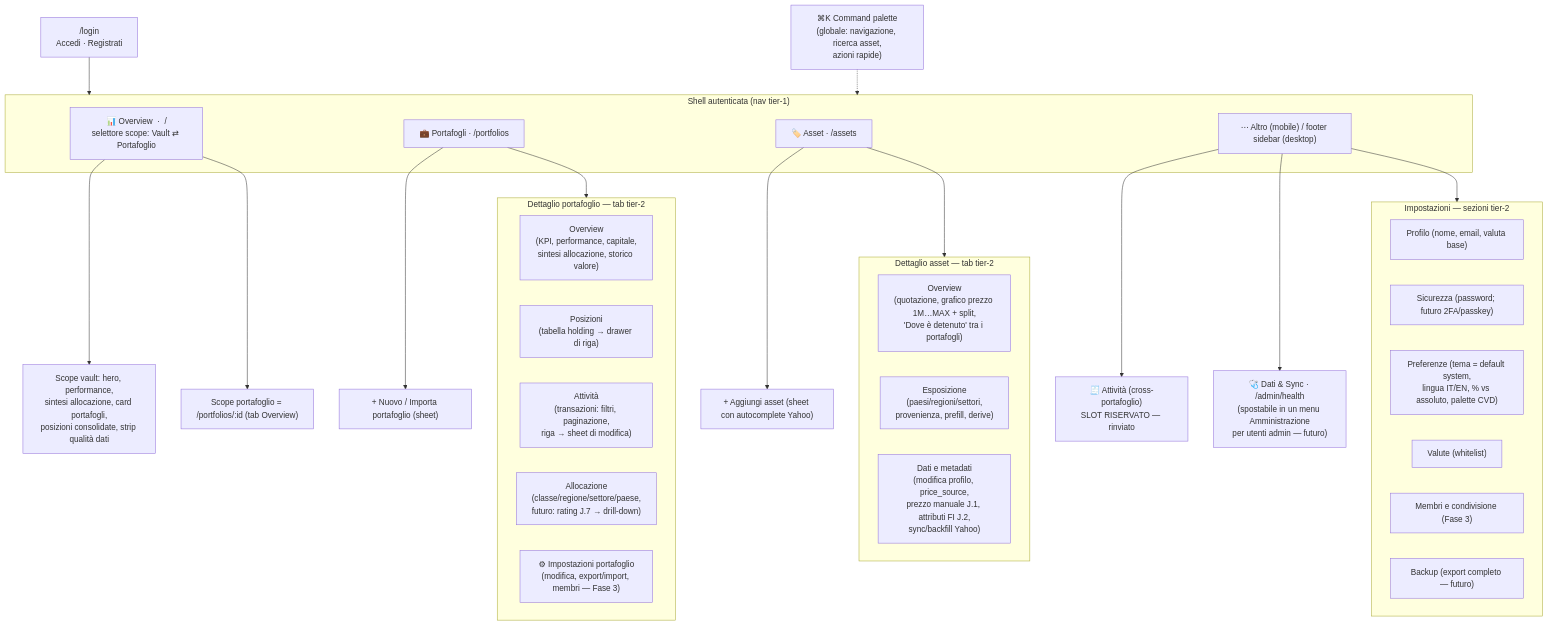
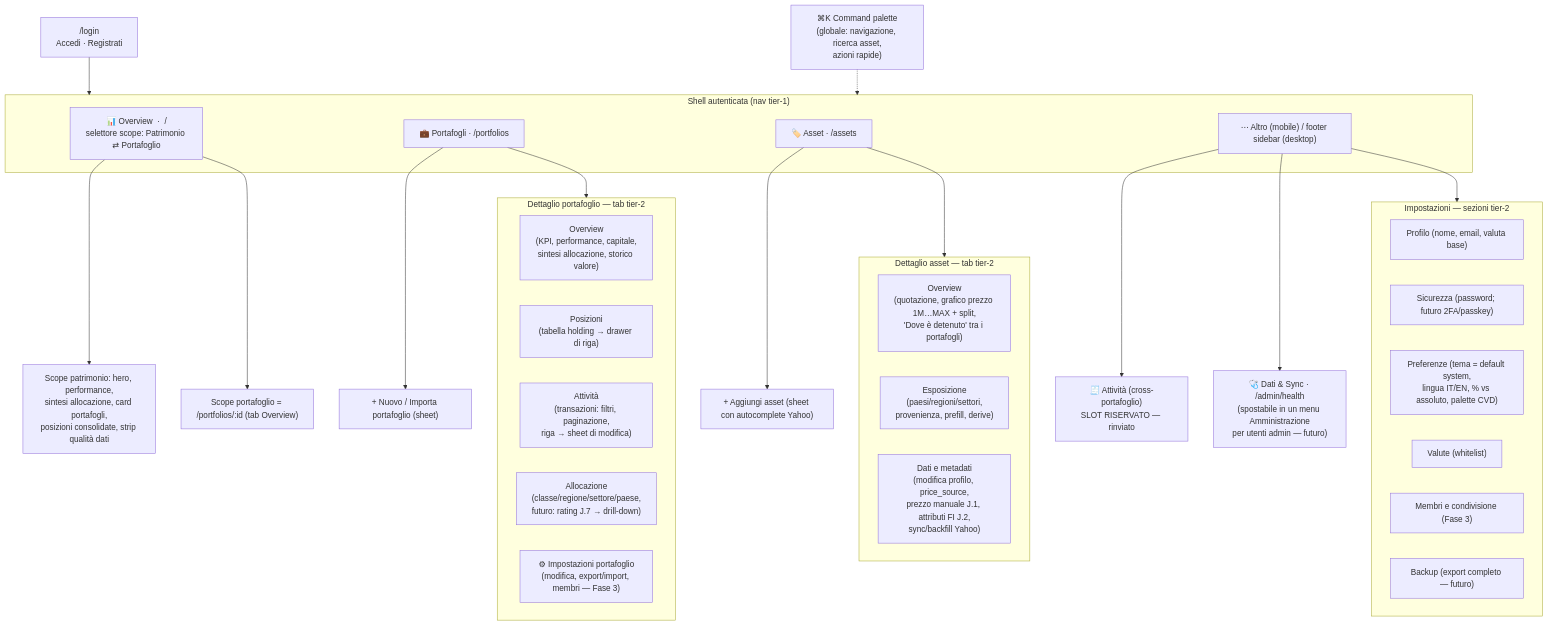
One commit to alv67/vault-lab changed the third of 8 diagrams in docs/UX-REDESIGN.it.md. Above: the diagram before and after it, drawn with Mermaid. The commit also changed other lines of this file and 47 other files, not shown here.

````diff
--- a/docs/UX-REDESIGN.it.md
+++ b/docs/UX-REDESIGN.it.md
@@ -141,49 +141,49 @@
 ```mermaid
 flowchart TD
     LOGIN["/login<br/>Accedi · Registrati"] --> SHELL
 
     subgraph SHELL["Shell autenticata (nav tier-1)"]
-        OV["📊 Overview  ·  /<br/>selettore scope: Vault ⇄ Portafoglio"]
+        OV["📊 Overview  ·  /<br/>selettore scope: Patrimonio ⇄ Portafoglio"]
         PFL["💼 Portafogli  ·  /portfolios"]
         AST["🏷️ Asset  ·  /assets"]
         MORE["⋯ Altro (mobile) / footer sidebar (desktop)"]
     end
 
-    OV --> OVV["Scope vault: hero, performance,<br/>sintesi allocazione, card portafogli,<br/>posizioni consolidate, strip qualità dati"]
+    OV --> OVV["Scope patrimonio: hero, performance,<br/>sintesi allocazione, card portafogli,<br/>posizioni consolidate, strip qualità dati"]
     OV --> OVP["Scope portafoglio = /portfolios/:id (tab Overview)"]
 
     PFL --> PNEW["+ Nuovo / Importa portafoglio (sheet)"]
     PFL --> PD["/portfolios/:id"]
 
     subgraph PD["Dettaglio portafoglio — tab tier-2"]
         T1["Overview<br/>(KPI, performance, capitale,<br/>sintesi allocazione, storico valore)"]
         T2["Posizioni<br/>(tabella holding → drawer di riga)"]
         T3["Attività<br/>(transazioni: filtri, paginazione,<br/>riga → sheet di modifica)"]
         T4["Allocazione<br/>(classe/regione/settore/paese,<br/>futuro: rating J.7 → drill-down)"]
         T5["⚙ Impostazioni portafoglio<br/>(modifica, export/import, membri — Fase 3)"]
     end
 
     AST --> ANEW["+ Aggiungi asset (sheet con autocomplete Yahoo)"]
     AST --> AD["/assets/:id"]
 
     subgraph AD["Dettaglio asset — tab tier-2"]
         A1["Overview<br/>(quotazione, grafico prezzo 1M…MAX + split,<br/>'Dove è detenuto' tra i portafogli)"]
         A2["Esposizione<br/>(paesi/regioni/settori,<br/>provenienza, prefill, derive)"]
         A3["Dati e metadati<br/>(modifica profilo, price_source,<br/>prezzo manuale J.1, attributi FI J.2,<br/>sync/backfill Yahoo)"]
     end
 
     MORE --> ACT["🧾 Attività (cross-portafoglio)<br/>SLOT RISERVATO — rinviato"]
     MORE --> DQ["🩺 Dati & Sync · /admin/health<br/>(spostabile in un menu Amministrazione<br/>per utenti admin — futuro)"]
     MORE --> SET["⚙ Impostazioni · /settings"]
 
     subgraph SET["Impostazioni — sezioni tier-2"]
         G1["Profilo (nome, email, valuta base)"]
         G2["Sicurezza (password; futuro 2FA/passkey)"]
         G3["Preferenze (tema = default system,<br/>lingua IT/EN, % vs assoluto, palette CVD)"]
         G4["Valute (whitelist)"]
         G5["Membri e condivisione (Fase 3)"]
         G6["Backup (export completo — futuro)"]
     end
 
     CMD["⌘K Command palette<br/>(globale: navigazione, ricerca asset,<br/>azioni rapide)"] -.-> SHELL
 ```
````
